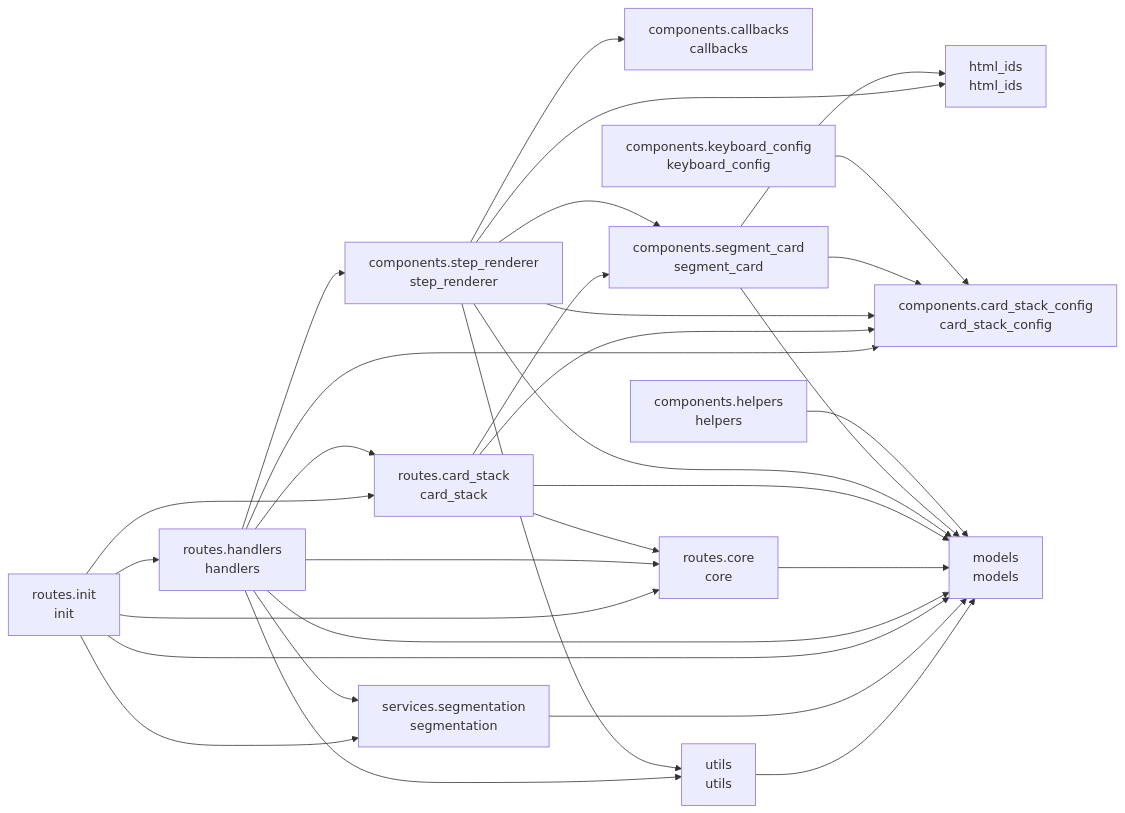
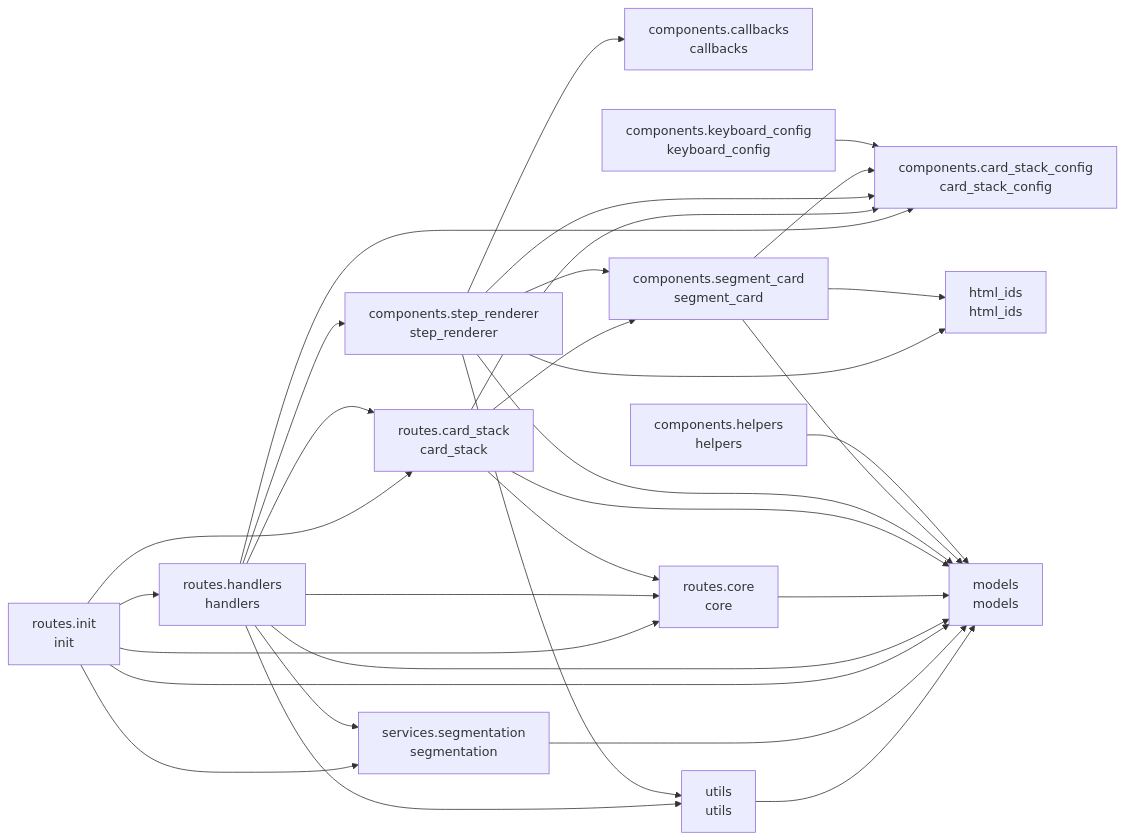
Before and after one commit to cj-mills/cjm-transcript-segmentation: the diagram in README.md, drawn with Mermaid. The commit also changed other lines of this file and 8 other files, not shown here.

````diff
--- a/README.md
+++ b/README.md
@@ -37,48 +37,48 @@
 ``` mermaid
 graph LR
     components_callbacks[components.callbacks<br/>callbacks]
     components_card_stack_config[components.card_stack_config<br/>card_stack_config]
     components_helpers[components.helpers<br/>helpers]
     components_keyboard_config[components.keyboard_config<br/>keyboard_config]
     components_segment_card[components.segment_card<br/>segment_card]
     components_step_renderer[components.step_renderer<br/>step_renderer]
     html_ids[html_ids<br/>html_ids]
     models[models<br/>models]
     routes_card_stack[routes.card_stack<br/>card_stack]
     routes_core[routes.core<br/>core]
     routes_handlers[routes.handlers<br/>handlers]
     routes_init[routes.init<br/>init]
     services_segmentation[services.segmentation<br/>segmentation]
     utils[utils<br/>utils]
 
     components_helpers --> models
     components_keyboard_config --> components_card_stack_config
+    components_segment_card --> html_ids
     components_segment_card --> components_card_stack_config
     components_segment_card --> models
-    components_segment_card --> html_ids
+    components_step_renderer --> html_ids
+    components_step_renderer --> models
     components_step_renderer --> components_card_stack_config
-    components_step_renderer --> models
-    components_step_renderer --> components_callbacks
     components_step_renderer --> utils
     components_step_renderer --> components_segment_card
-    components_step_renderer --> html_ids
+    components_step_renderer --> components_callbacks
+    routes_card_stack --> models
+    routes_card_stack --> routes_core
     routes_card_stack --> components_card_stack_config
-    routes_card_stack --> routes_core
-    routes_card_stack --> models
     routes_card_stack --> components_segment_card
     routes_core --> models
+    routes_handlers --> models
     routes_handlers --> services_segmentation
-    routes_handlers --> models
-    routes_handlers --> components_card_stack_config
+    routes_handlers --> routes_card_stack
     routes_handlers --> routes_core
     routes_handlers --> components_step_renderer
-    routes_handlers --> routes_card_stack
     routes_handlers --> utils
+    routes_handlers --> components_card_stack_config
+    routes_init --> routes_card_stack
+    routes_init --> models
     routes_init --> routes_core
     routes_init --> services_segmentation
-    routes_init --> models
-    routes_init --> routes_card_stack
     routes_init --> routes_handlers
     services_segmentation --> models
     utils --> models
 ```
````
